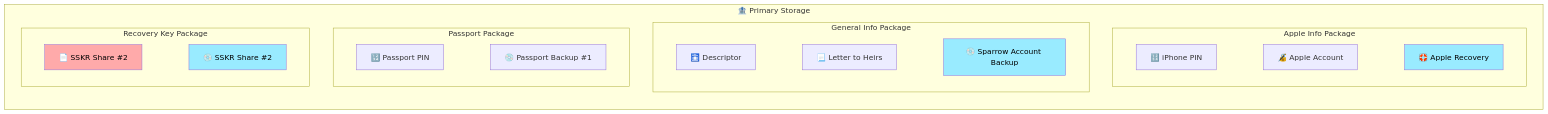
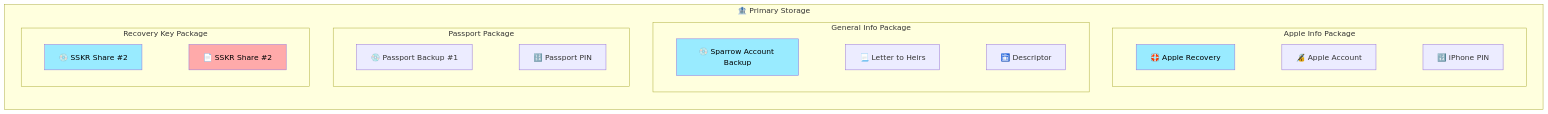
Before and after one commit to BlockchainCommons/SmartCustody: the fifth of 55 diagrams in Docs/Scenario-Multisig.md, drawn with Mermaid. The commit also changed other lines of this file, not shown here.

````diff
--- a/Docs/Scenario-Multisig.md
+++ b/Docs/Scenario-Multisig.md
@@ -208,42 +211,42 @@
 ```mermaid
     graph BT
     linkStyle default stroke-width: 0px
 
     subgraph primary["🏦 Primary Storage"]
 
       subgraph "Apple Info Package"
       C3["🔢 iPhone PIN"]
       C4["🔏 Apple Account"]
       C5["🛟 Apple Recovery"]    
-      C3---C4---C5
+      C5---C4---C3
       end
 
       style C5 color:#000,fill:#99ebff;
 
       subgraph "General Info Package"
       C9["🛅 Descriptor"]
       C10["📃 Letter to Heirs"]
       C8["💿 Sparrow Account Backup"]
-      C9---C10---C8
+      C8---C10---C9
       end
 
       style C8 color:#000,fill:#99ebff;
 
       subgraph "Passport Package"
       C7["🔢 Passport PIN"]
       C6["💿 Passport Backup #1"]
-      C7---C6
+      C6---C7
       end
 
       subgraph "Recovery Key Package"
       C1["📄 SSKR Share #2"]
       C2["💿 SSKR Share #2"]
-      C1---C2
+      C2---C1
       end
 
       style C1 color:#000,fill:#ffaaaa;
       style C2 color:#000,fill:#99ebff;
 
     end
 
 ```
````
